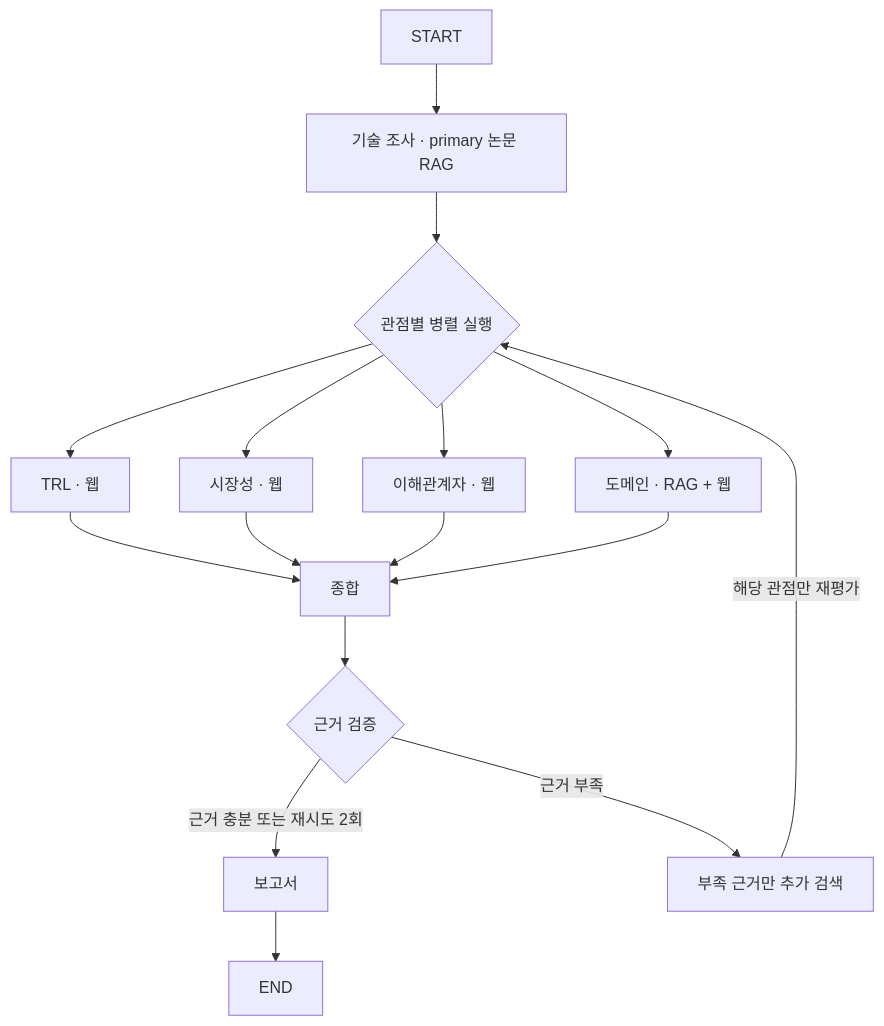
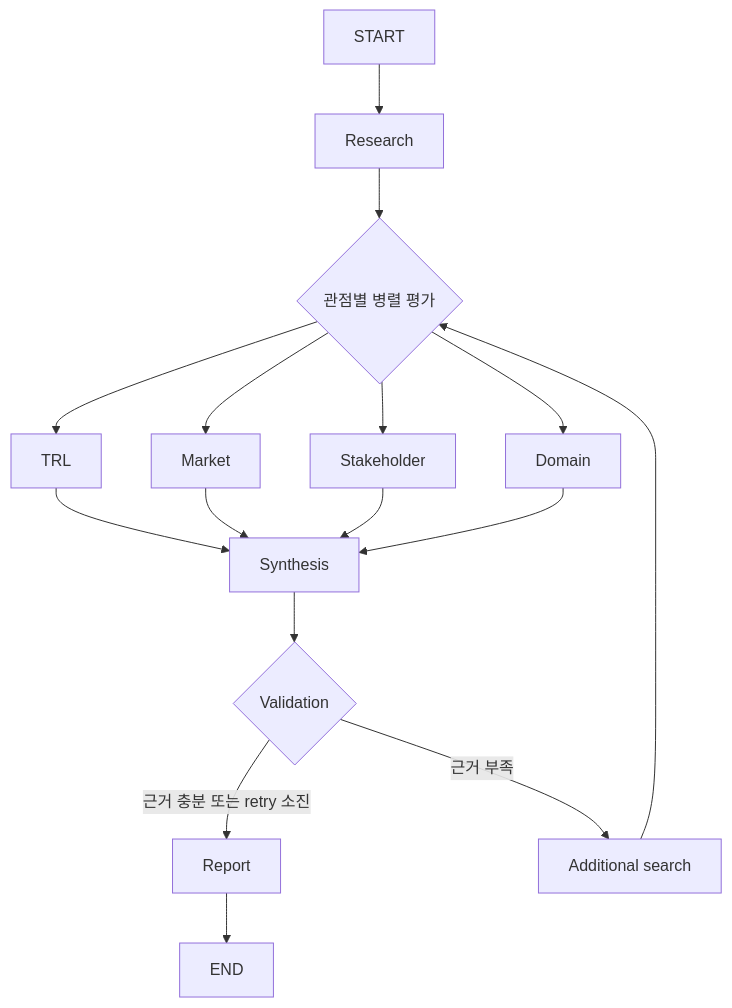
Before and after one commit to kchanis1223/-SKALA-KVCache_Report_Agent: the diagram in README.md, drawn with Mermaid. The commit also changed other lines of this file and 2 other files, not shown here.

````diff
--- a/README.md
+++ b/README.md
@@ -73,18 +48,18 @@
 ```mermaid
 flowchart TD
-    START --> research[기술 조사 · primary 논문 RAG]
-    research --> dispatch{관점별 병렬 실행}
-    dispatch --> trl[TRL · 웹]
-    dispatch --> market[시장성 · 웹]
-    dispatch --> stakeholder[이해관계자 · 웹]
-    dispatch --> domain[도메인 · RAG + 웹]
-    trl --> synthesis[종합]
+    START --> research[Research]
+    research --> dispatch{관점별 병렬 평가}
+    dispatch --> trl[TRL]
+    dispatch --> market[Market]
+    dispatch --> stakeholder[Stakeholder]
+    dispatch --> domain[Domain]
+    trl --> synthesis[Synthesis]
     market --> synthesis
     stakeholder --> synthesis
     domain --> synthesis
-    synthesis --> validate{근거 검증}
-    validate -->|근거 충분 또는 재시도 2회| report[보고서]
-    validate -->|근거 부족| search[부족 근거만 추가 검색]
-    search -->|해당 관점만 재평가| dispatch
+    synthesis --> validate{Validation}
+    validate -->|근거 충분 또는 retry 소진| report[Report]
+    validate -->|근거 부족| search[Additional search]
+    search --> dispatch
     report --> END
 ```
````
